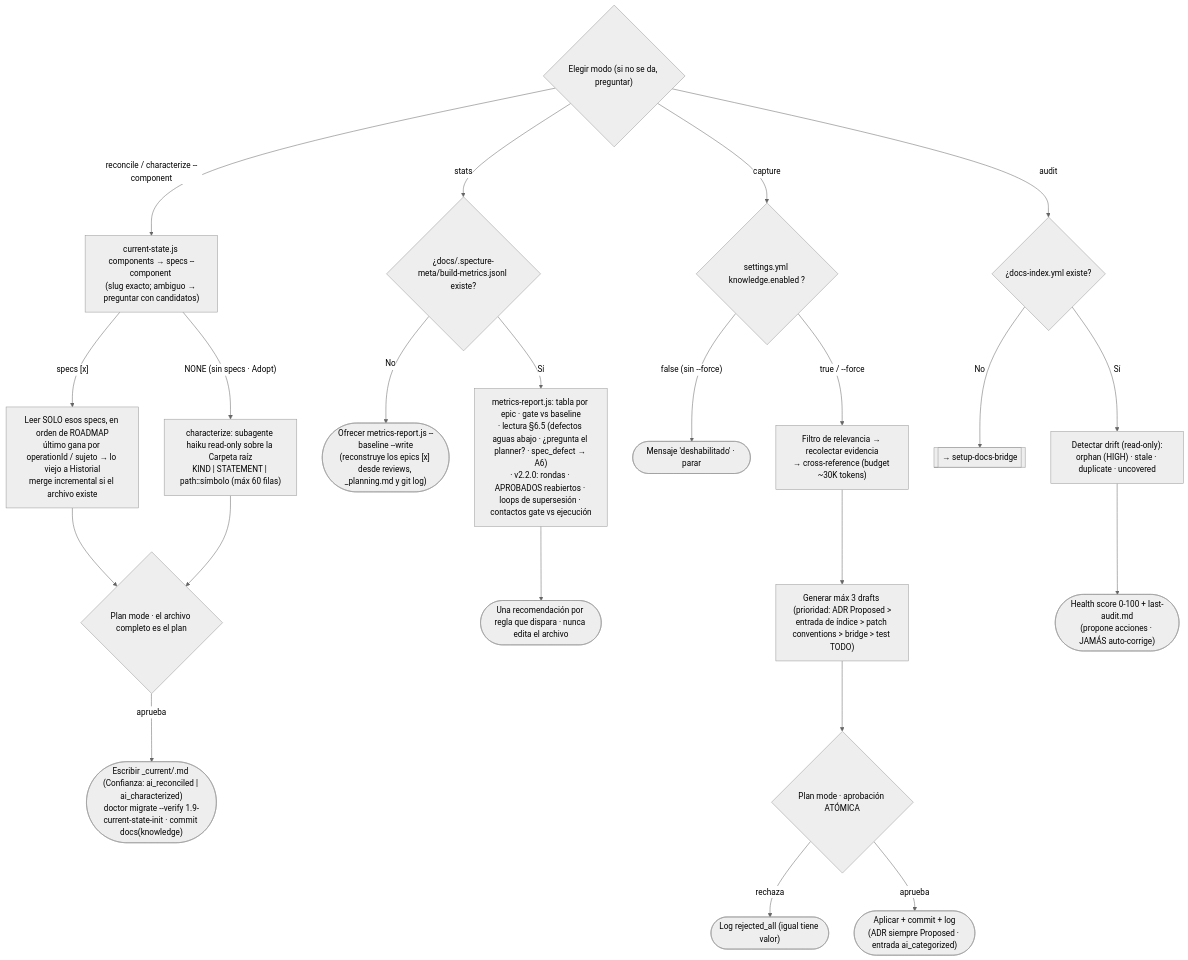
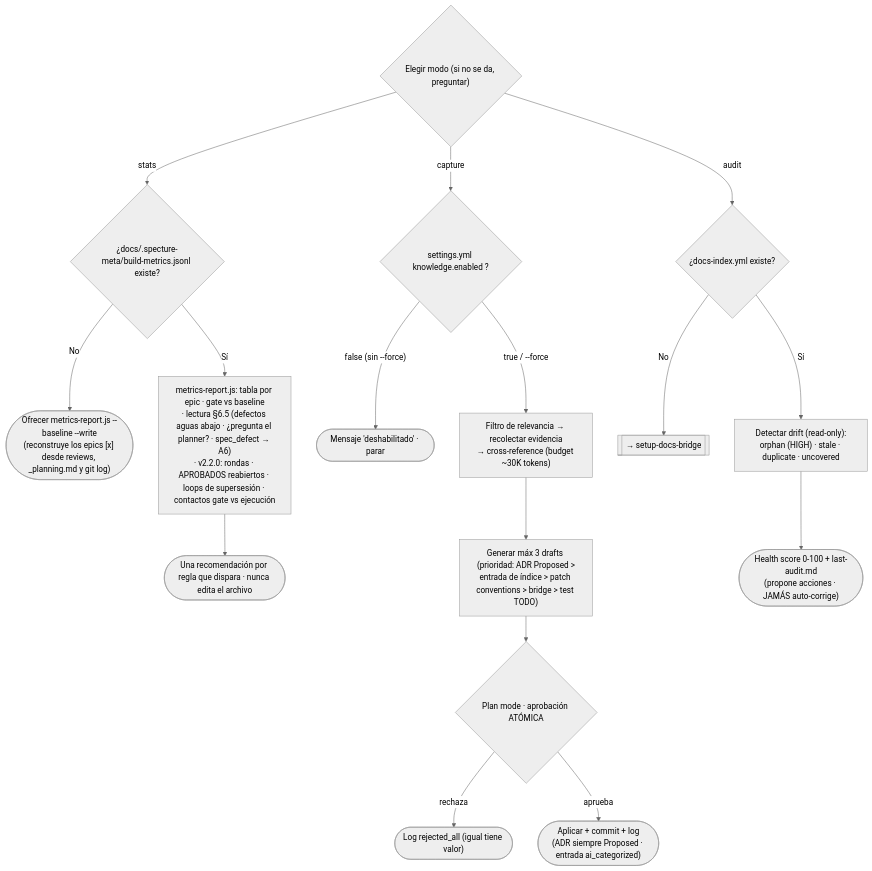
One commit to FerEscobarDev/Specture changed diagram 22 of 25 in docs/execution-flows.md. Above: the diagram before and after it, drawn with Mermaid (neutral theme). The commit also changed other lines of this file and 66 other files, not shown here.

````diff
--- a/docs/execution-flows.md
+++ b/docs/execution-flows.md
@@ -787,29 +788,22 @@
 ```mermaid
 flowchart TD
     M{"Elegir modo (si no se da, preguntar)"}
-
-    M -->|"reconcile / characterize --component"| R0["current-state.js components → specs --component <slug><br/>(slug exacto; ambiguo → preguntar con candidatos)"]
-    R0 -->|"specs [x]"| R1["Leer SOLO esos specs, en orden de ROADMAP<br/>último gana por operationId / sujeto → lo viejo a Historial<br/>merge incremental si el archivo existe"]
-    R0 -->|"NONE (sin specs · Adopt)"| R2["characterize: subagente haiku read-only sobre la Carpeta raíz<br/>KIND | STATEMENT | path::símbolo (máx 60 filas)"]
-    R1 --> R3{"Plan mode · el archivo completo es el plan"}
-    R2 --> R3
-    R3 -->|"aprueba"| R4(["Escribir _current/<slug>.md (Confianza: ai_reconciled | ai_characterized)<br/>doctor migrate --verify 1.9-current-state-init · commit docs(knowledge)"])
 
     M -->|"stats"| ST0{"¿docs/.specture-meta/build-metrics.jsonl existe?"}
     ST0 -->|No| ST1(["Ofrecer metrics-report.js --baseline --write<br/>(reconstruye los epics [x] desde reviews, _planning.md y git log)"])
     ST0 -->|Sí| ST2["metrics-report.js: tabla por epic · gate vs baseline<br/>· lectura §6.5 (defectos aguas abajo · ¿pregunta el planner? · spec_defect → A6)<br/>· v2.2.0: rondas · APROBADOS reabiertos · loops de supersesión · contactos gate vs ejecución"]
     ST2 --> ST3(["Una recomendación por regla que dispara · nunca edita el archivo"])
 
     M -->|"capture"| C0{"settings.yml knowledge.enabled ?"}
     C0 -->|"false (sin --force)"| STOP1(["Mensaje 'deshabilitado' · parar"])
     C0 -->|"true / --force"| C1["Filtro de relevancia → recolectar evidencia<br/>→ cross-reference (budget ~30K tokens)"]
     C1 --> C3["Generar máx 3 drafts (prioridad: ADR Proposed ><br/>entrada de índice > patch conventions > bridge > test TODO)"]
     C3 --> C4{"Plan mode · aprobación ATÓMICA"}
     C4 -->|"rechaza"| LOG(["Log rejected_all (igual tiene valor)"])
     C4 -->|"aprueba"| C5(["Aplicar + commit + log<br/>(ADR siempre Proposed · entrada ai_categorized)"])
 
     M -->|"audit"| A0{"¿docs-index.yml existe?"}
     A0 -->|No| BRG[["→ setup-docs-bridge"]]
     A0 -->|Sí| A2["Detectar drift (read-only):<br/>orphan (HIGH) · stale · duplicate · uncovered"]
     A2 --> A4(["Health score 0-100 + last-audit.md<br/>(propone acciones · JAMÁS auto-corrige)"])
 ```
````
